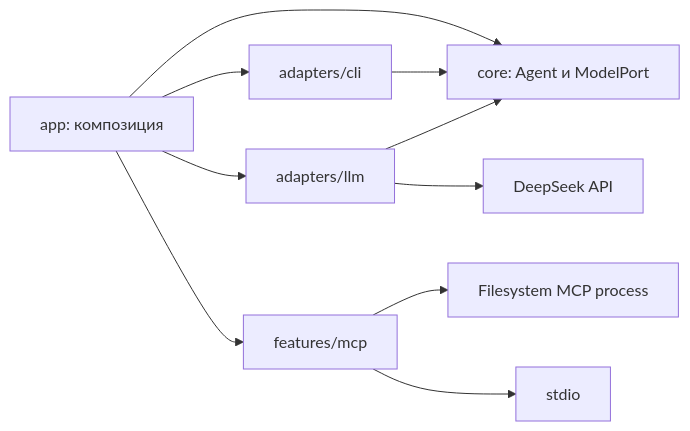
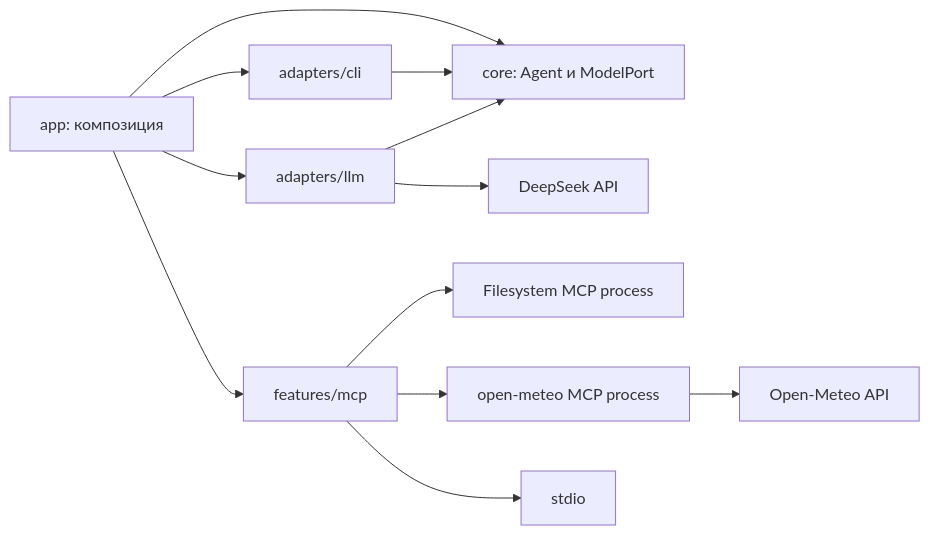
Before and after one commit to maxonmars/mcp-lab: the diagram in ARCHITECTURE.md, drawn with Mermaid. The commit also changed other lines of this file and 63 other files, not shown here.

First line of the commit message:
Add native tool calling through own Open-Meteo MCP server

````diff
--- a/ARCHITECTURE.md
+++ b/ARCHITECTURE.md
@@ -11,12 +11,14 @@
 ```mermaid
 flowchart LR
     App[app: композиция] --> Core[core: Agent и ModelPort]
     App --> CLI[adapters/cli]
     App --> LLM[adapters/llm]
     App --> MCP[features/mcp]
     CLI --> Core
     LLM --> Core
     LLM --> DeepSeek[DeepSeek API]
     MCP --> Filesystem[Filesystem MCP process]
+    MCP --> Weather[open-meteo MCP process]
     MCP --> Stdio[stdio]
+    Weather --> OpenMeteo[Open-Meteo API]
 ```
````
